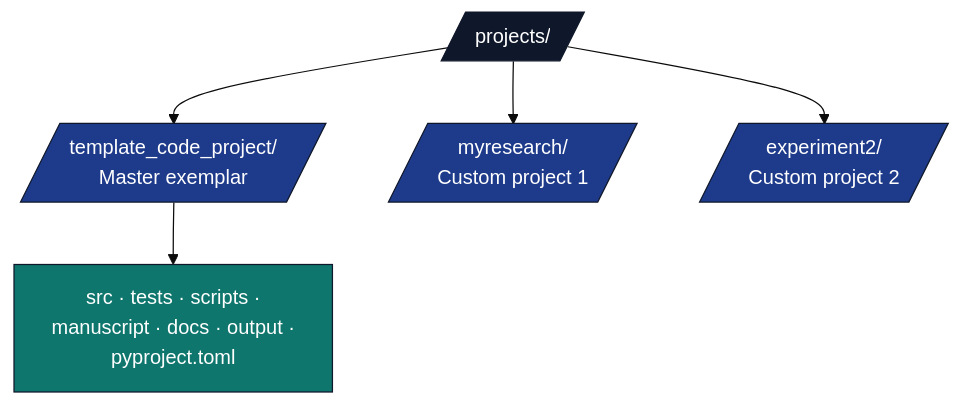
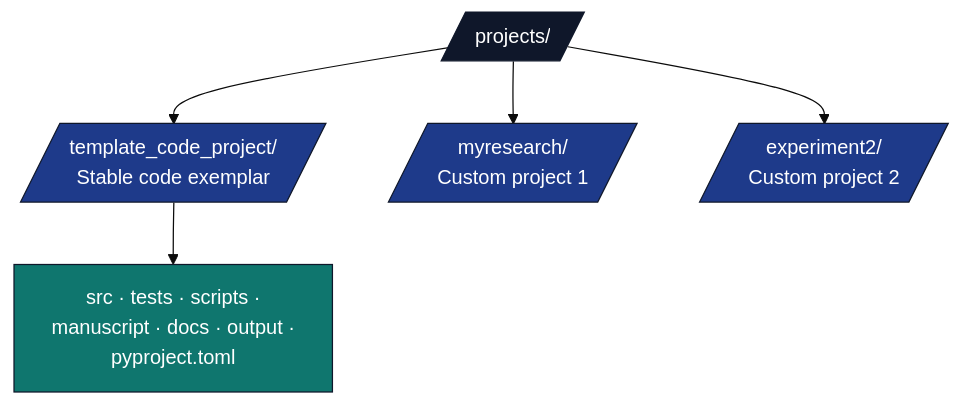
Before and after one commit to docxology/template: the second of 3 diagrams in projects/README.md, drawn with Mermaid (base theme). The commit also changed other lines of this file and 28 other files, not shown here.

````diff
--- a/projects/README.md
+++ b/projects/README.md
@@ -329,16 +329,16 @@
 ```mermaid
 flowchart TB
     PR[/projects//]
-    PR --> CP[/template_code_project/<br/>Master exemplar/]
+    PR --> CP[/template_code_project/<br/>Stable code exemplar/]
     PR --> MY[/myresearch/<br/>Custom project 1/]
     PR --> EX[/experiment2/<br/>Custom project 2/]
 
     CP --> CP_F[src · tests · scripts ·<br/>manuscript · docs · output ·<br/>pyproject.toml]
 
     classDef d fill:#0f172a,stroke:#0f172a,color:#fff
     classDef pkg fill:#1e3a8a,stroke:#0f172a,color:#fff
     classDef f fill:#0f766e,stroke:#0f172a,color:#fff
     class PR d
     class CP,MY,EX pkg
     class CP_F f
 ```
````
